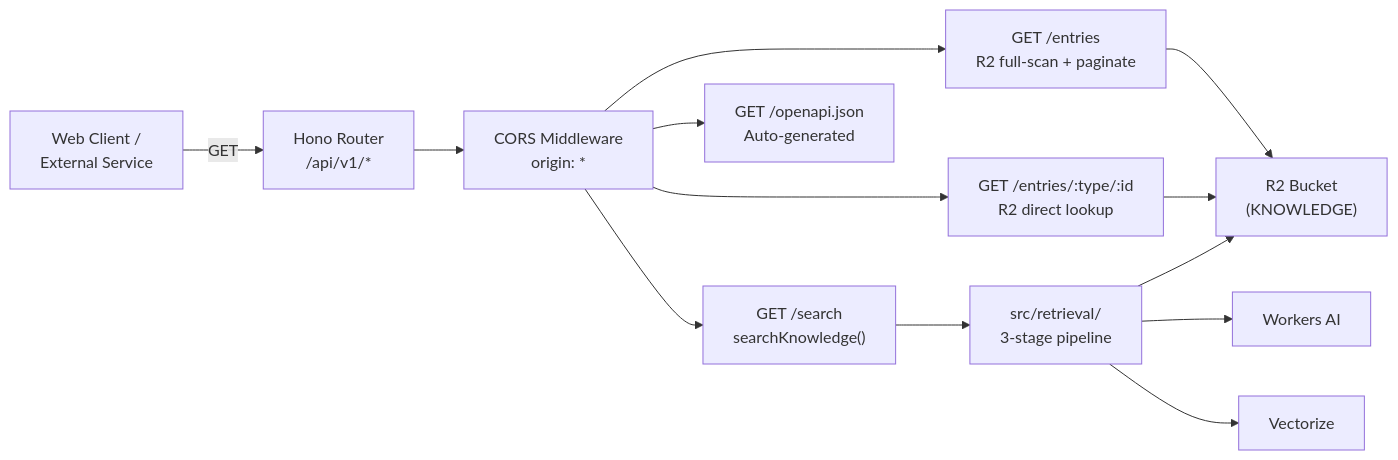
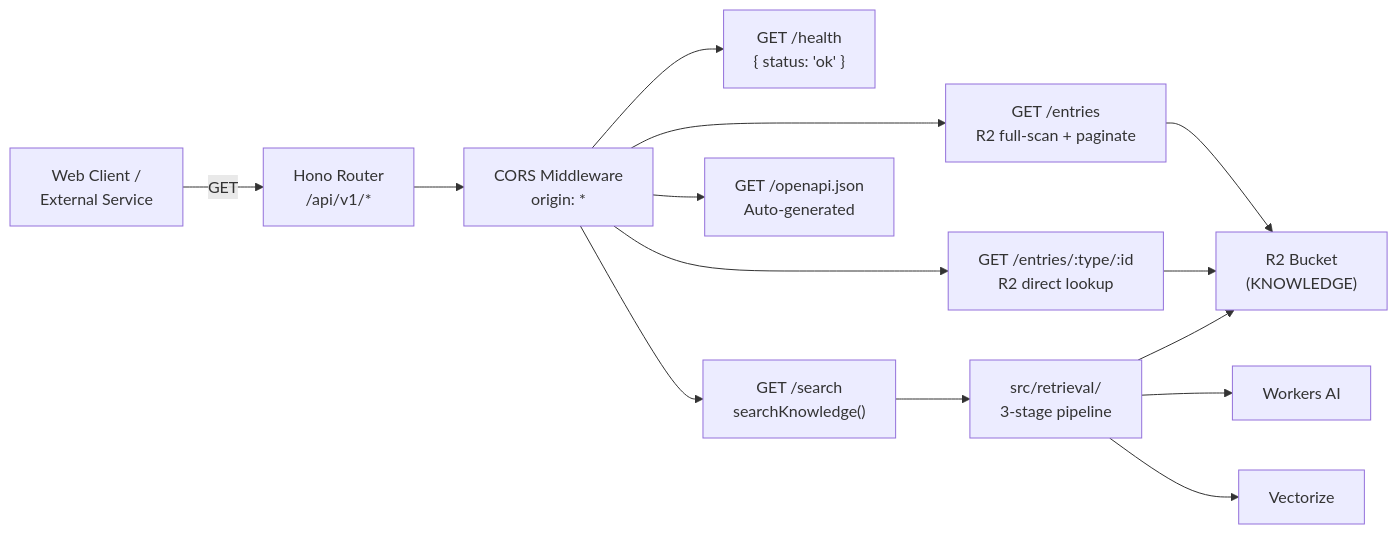
The diagram in src/api/README.md (superbenefit/knowledge-server), drawn with Mermaid before and after one commit. The commit also changed other lines of this file and 22 other files, not shown here.

````diff
--- a/src/api/README.md
+++ b/src/api/README.md
@@ -23,17 +23,18 @@
 ```mermaid
 graph LR
     Client["Web Client /<br/>External Service"] -->|GET| Hono["Hono Router<br/>/api/v1/*"]
 
     Hono --> CORS["CORS Middleware<br/>origin: *"]
+    CORS --> Health["GET /health<br/>{ status: 'ok' }"]
     CORS --> List["GET /entries<br/>R2 full-scan + paginate"]
     CORS --> Get["GET /entries/:type/:id<br/>R2 direct lookup"]
     CORS --> Search["GET /search<br/>searchKnowledge()"]
     CORS --> OAS["GET /openapi.json<br/>Auto-generated"]
 
     List --> R2["R2 Bucket<br/>(KNOWLEDGE)"]
     Get --> R2
     Search --> Retrieval["src/retrieval/<br/>3-stage pipeline"]
     Retrieval --> R2
     Retrieval --> AI["Workers AI"]
     Retrieval --> Vec["Vectorize"]
 ```
````
